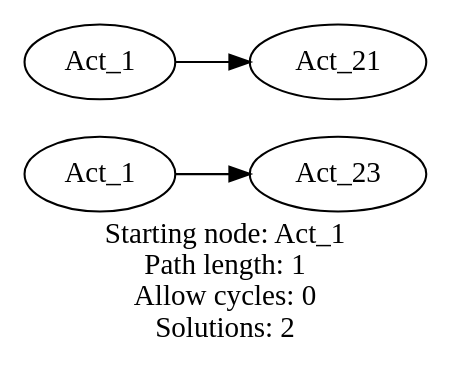
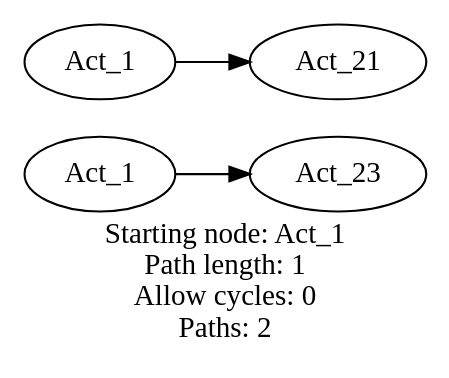
Before and after one commit to graphviz-perl/GraphViz2-Marpa-PathUtils: the diagram in out/fixed.paths.out.01.gv, drawn with Graphviz. The commit also changed 40 other files, not shown here.

```diff
--- a/out/fixed.paths.out.01.gv
+++ b/out/fixed.paths.out.01.gv
@@ -1,12 +1,12 @@
 digraph fixed_length_paths
 {
-	label = "Starting node: Act_1\nPath length: 1\nAllow cycles: 0\nSolutions: 2" rankdir = LR
+	label = "Starting node: Act_1\nPath length: 1\nAllow cycles: 0\nPaths: 2" rankdir = LR
 
 	"1" [label = "Act_1"]
 	"2" [label = "Act_23"]
 	"3" [label = "Act_1"]
 	"4" [label = "Act_21"]
 
 	"1"  ->  "2"
 	"3"  ->  "4"
 }
```
